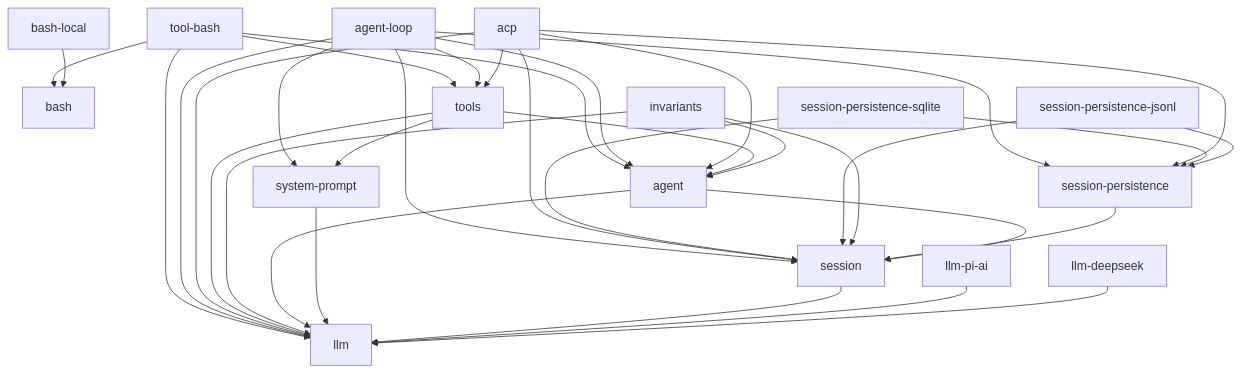
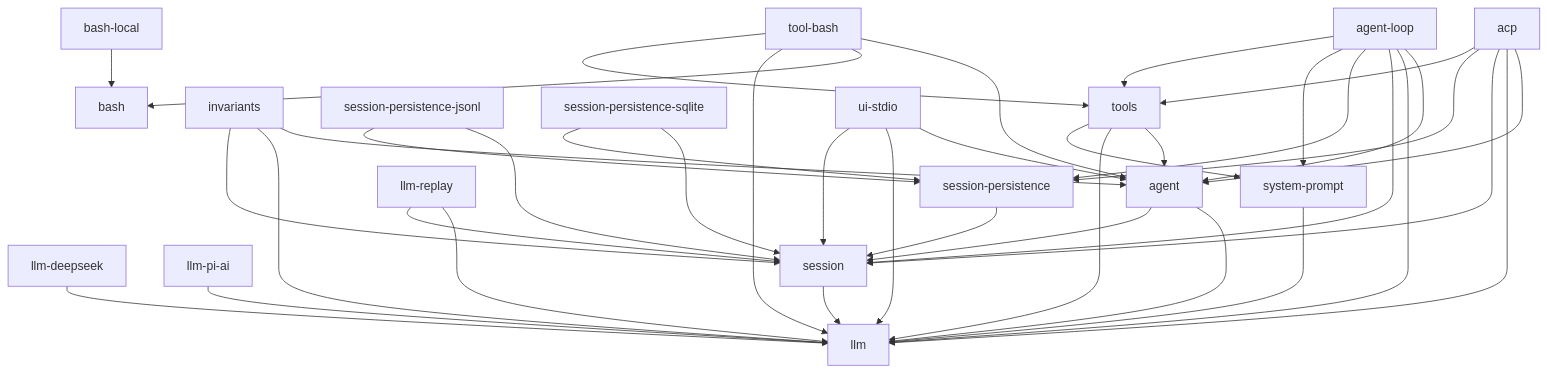
Before and after one commit to eru123/coco-harness: the diagram in docs/module-graph.md, drawn with Mermaid. The commit also changed other lines of this file and 33 other files, not shown here.

````diff
--- a/docs/module-graph.md
+++ b/docs/module-graph.md
@@ -8,36 +8,41 @@
 ```mermaid
 graph TD
   bash-local --> bash
   llm-deepseek --> llm
   llm-pi-ai --> llm
   session --> llm
   system-prompt --> llm
   agent --> llm
   agent --> session
+  llm-replay --> llm
+  llm-replay --> session
   session-persistence --> session
   invariants --> agent
   invariants --> llm
   invariants --> session
   session-persistence-jsonl --> session
   session-persistence-jsonl --> session-persistence
   session-persistence-sqlite --> session
   session-persistence-sqlite --> session-persistence
   tools --> agent
   tools --> llm
   tools --> system-prompt
+  ui-stdio --> agent
+  ui-stdio --> llm
+  ui-stdio --> session
   acp --> agent
   acp --> llm
   acp --> session
   acp --> session-persistence
   acp --> tools
   agent-loop --> agent
   agent-loop --> llm
   agent-loop --> session
   agent-loop --> session-persistence
   agent-loop --> system-prompt
   agent-loop --> tools
   tool-bash --> agent
   tool-bash --> bash
   tool-bash --> llm
   tool-bash --> tools
 ```
````
